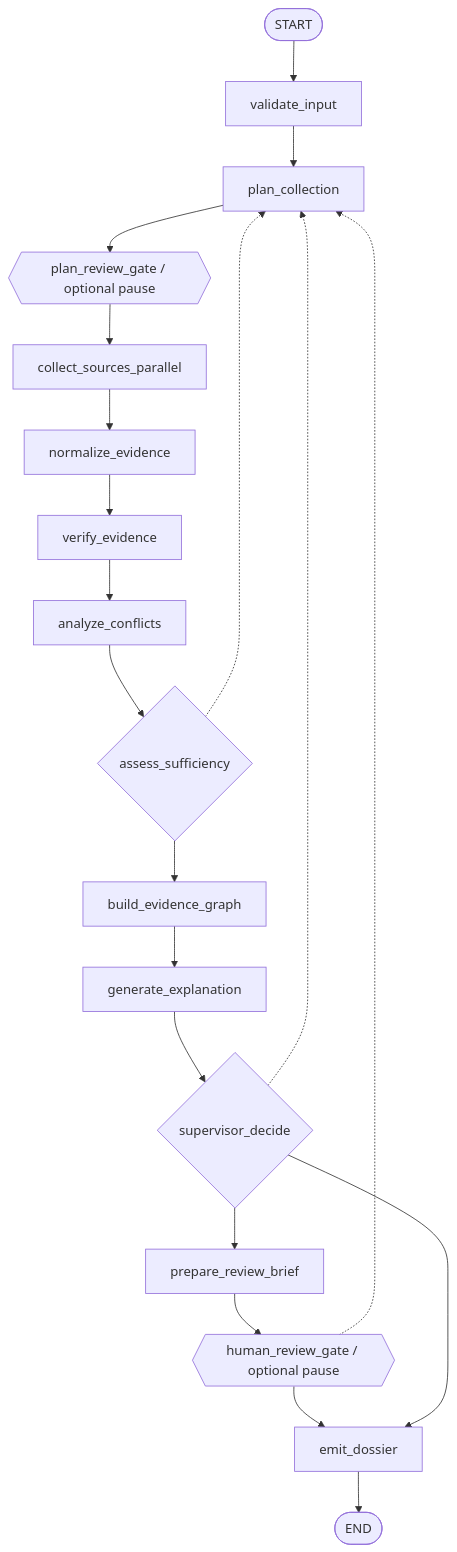
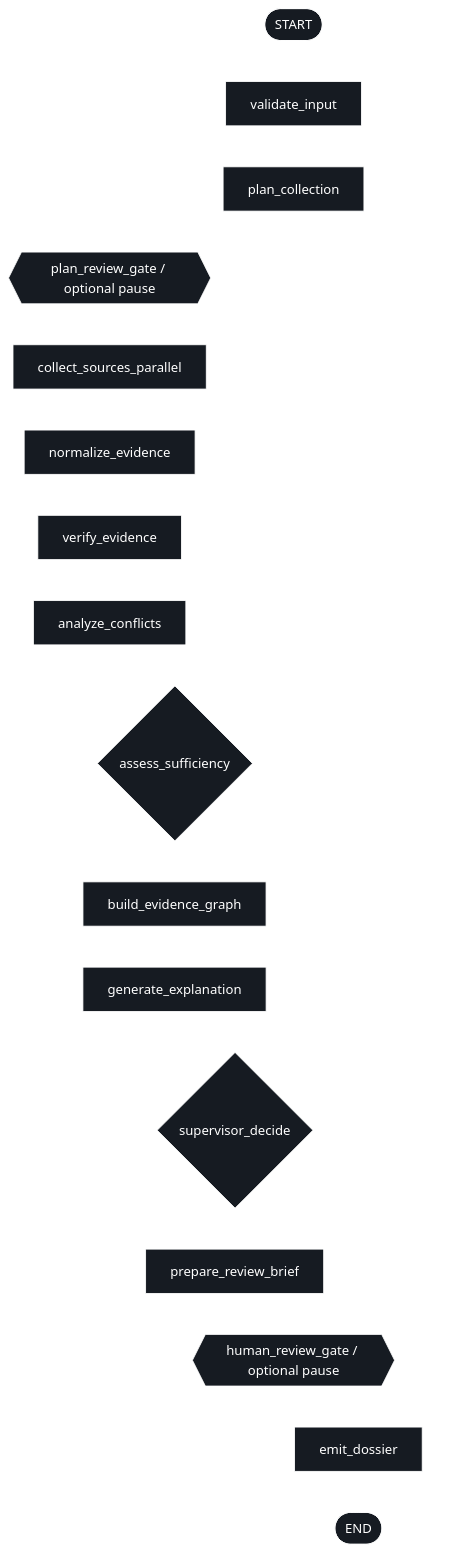
Before and after one commit to himanshu1573/Drug-disovery-multiple-agent: the second of 2 diagrams in README.md, drawn with Mermaid. The commit also changed other lines of this file, not shown here.

Commit message:
docs: render the README diagrams dark with white lines
Switch both Mermaid diagrams to a dark palette: dark node fills with
white text, white borders, and white lines and arrowheads, so they suit
GitHub's dark theme.

Verified by rendering both diagrams with mermaid-cli 10.9.8 over a dark
canvas.

````diff
--- a/README.md
+++ b/README.md
@@ -110,23 +110,23 @@
 ```mermaid
-%%{init: {"theme":"default","themeVariables":{"background":"#ffffff"}}}%%
+%%{init: {"theme":"base","themeVariables":{"background":"#0d1117","primaryColor":"#161b22","primaryTextColor":"#ffffff","primaryBorderColor":"#ffffff","secondaryColor":"#161b22","tertiaryColor":"#0d1117","lineColor":"#ffffff","textColor":"#ffffff","nodeTextColor":"#ffffff","edgeLabelBackground":"#0d1117","clusterBkg":"#0d1117","clusterBorder":"#ffffff","actorBkg":"#161b22","actorBorder":"#ffffff","actorTextColor":"#ffffff","actorLineColor":"#ffffff","signalColor":"#ffffff","signalTextColor":"#ffffff","labelBoxBkgColor":"#161b22","labelBoxBorderColor":"#ffffff","labelTextColor":"#ffffff","loopTextColor":"#ffffff","noteBkgColor":"#161b22","noteBorderColor":"#ffffff","noteTextColor":"#ffffff","activationBkgColor":"#161b22","activationBorderColor":"#ffffff","sequenceNumberColor":"#0d1117"}}}%%
 flowchart TD
     S([START]) --> V[validate_input]
     V --> P[plan_collection]
     P --> PG{{plan_review_gate / optional pause}}
     PG --> C[collect_sources_parallel]
     C --> N[normalize_evidence]
     N --> VE[verify_evidence]
     VE --> AC[analyze_conflicts]
     AC --> AS{assess_sufficiency}
     AS --> G[build_evidence_graph]
     G --> E[generate_explanation]
     E --> SD{supervisor_decide}
     SD --> RB[prepare_review_brief]
     RB --> HG{{human_review_gate / optional pause}}
     HG --> D[emit_dossier]
     SD --> D
     D --> X([END])
     AS -.-> P
     SD -.-> P
     HG -.-> P
 ```
````
